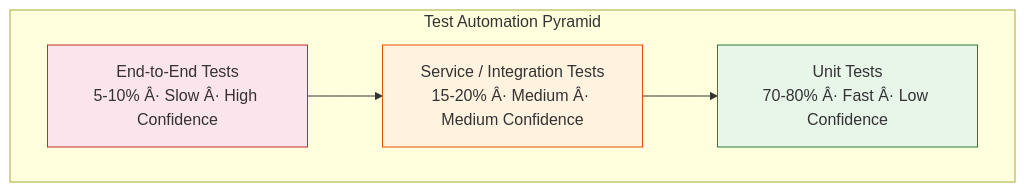
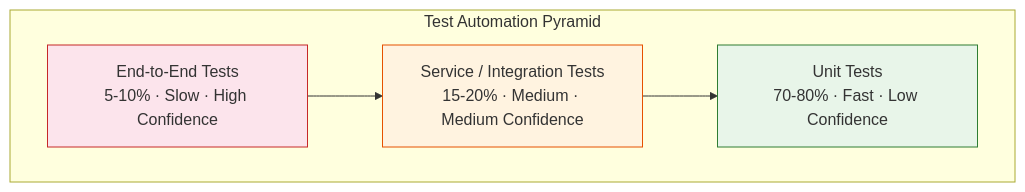
Before and after one commit to Raushan666java/ai-engineering-journey: the second of 7 diagrams in docs/courses/software-engineering/06-testing.md, drawn with Mermaid. The commit also changed other lines of this file and 965 other files, not shown here.

````diff
--- a/docs/courses/software-engineering/06-testing.md
+++ b/docs/courses/software-engineering/06-testing.md
@@ -71,15 +71,15 @@
 ```mermaid
 graph TD
     classDef e2e fill:#fce4ec,stroke:#c62828
     classDef svc fill:#fff3e0,stroke:#e65100
     classDef unit fill:#e8f5e9,stroke:#2e7d32
 
     subgraph "Test Automation Pyramid"
-        E2E[End-to-End Tests<br>5-10% Â· Slow Â· High Confidence]:::e2e
-        SVC[Service / Integration Tests<br>15-20% Â· Medium Â· Medium Confidence]:::svc
-        UNIT[Unit Tests<br>70-80% Â· Fast Â· Low Confidence]:::unit
+        E2E[End-to-End Tests<br>5-10% · Slow · High Confidence]:::e2e
+        SVC[Service / Integration Tests<br>15-20% · Medium · Medium Confidence]:::svc
+        UNIT[Unit Tests<br>70-80% · Fast · Low Confidence]:::unit
     end
     
     E2E --> SVC
     SVC --> UNIT
 ```
````
